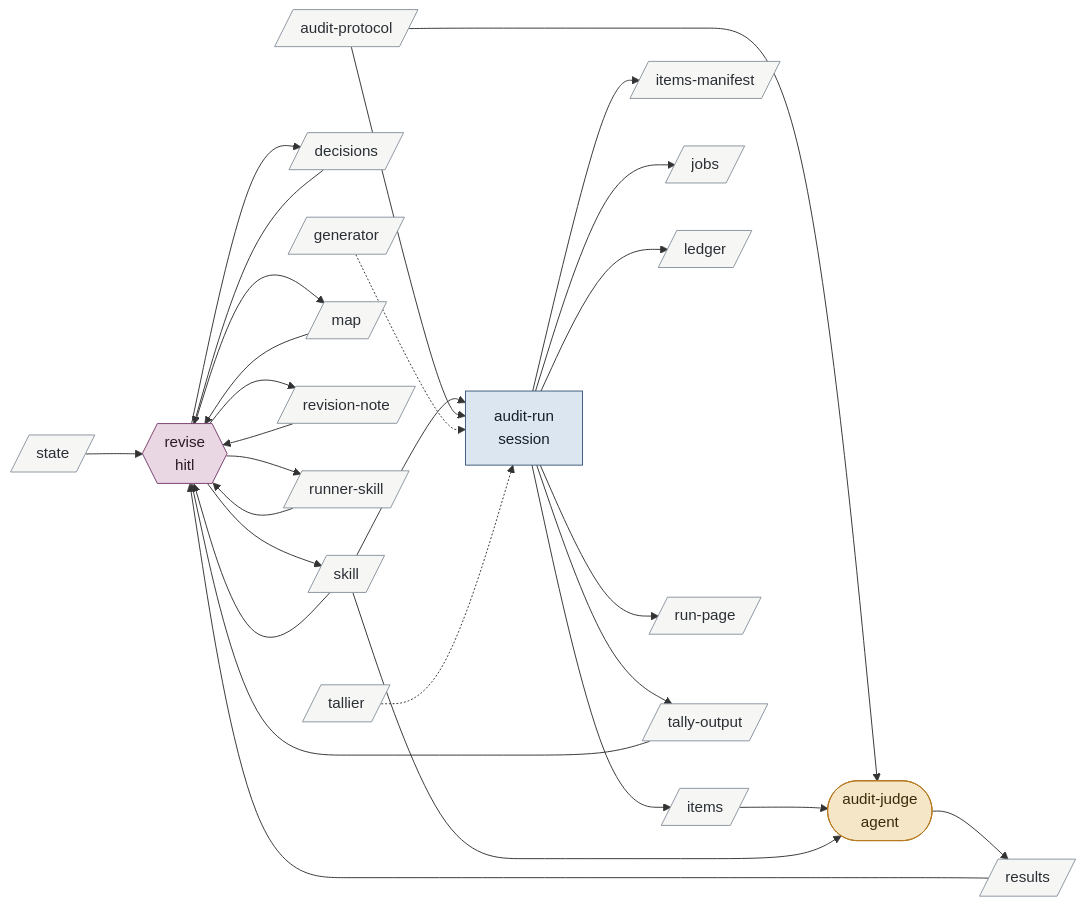
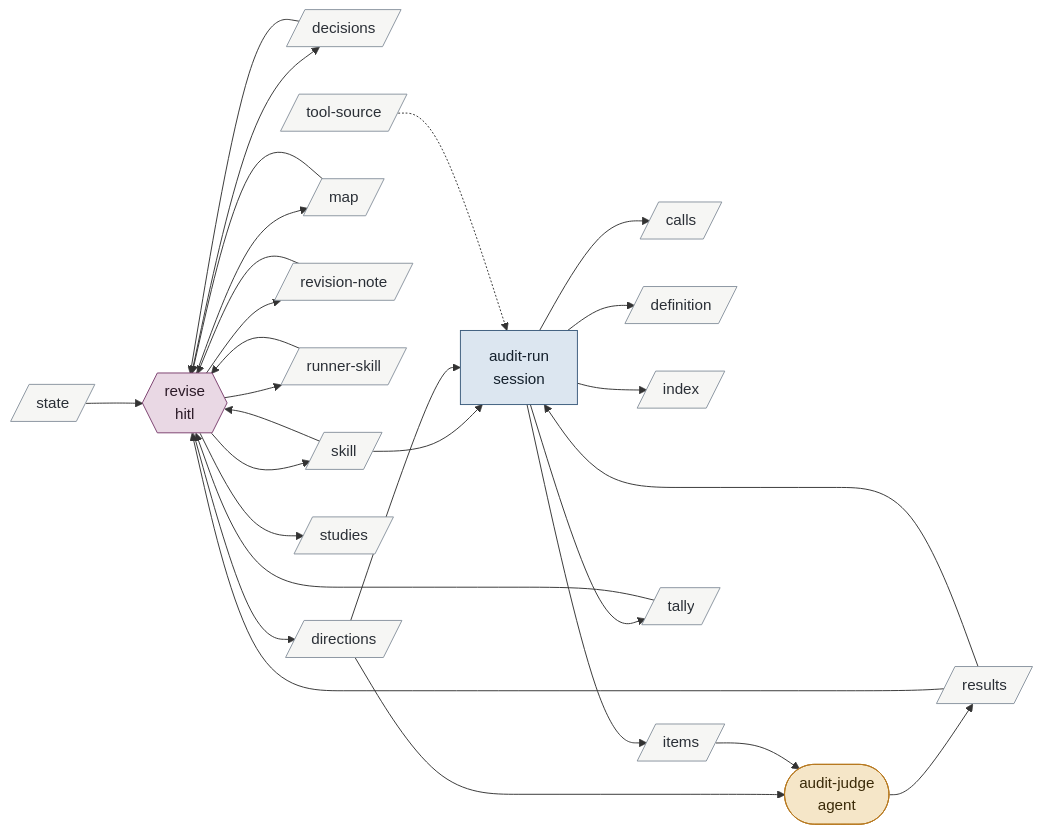
Before and after one commit to bc414/StoryPlanner: diagram 14 of 15 in .claude/skills/v3-buildout-2/map.md, drawn with Mermaid. The commit also changed other lines of this file and 29 other files, not shown here.

````diff
--- a/.claude/skills/v3-buildout-2/map.md
+++ b/.claude/skills/v3-buildout-2/map.md
@@ -622,56 +579,55 @@
 ```mermaid
 flowchart LR
   classDef hitl fill:#e9d8e4,stroke:#7a3e6d,color:#2b1a27
   classDef session fill:#dce6f0,stroke:#3b5b7c,color:#14202c
   classDef agent fill:#f5e6c8,stroke:#b7791f,color:#3a2a08
   classDef artifact fill:#f6f6f4,stroke:#8a94a0,color:#2a2f36
   classDef activity fill:#dcebdd,stroke:#4b7f52,color:#122816
   classDef terminus fill:#e4e4ea,stroke:#5b5b7a,color:#1c1c2c
   revise{{"revise<br/>hitl"}}:::hitl
   auditrun["audit-run<br/>session"]:::session
   auditjudge(["audit-judge<br/>agent"]):::agent
-  auditprotocol[/"audit-protocol"/]:::artifact
+  calls[/"calls"/]:::artifact
   decisions[/"decisions"/]:::artifact
-  generator[/"generator"/]:::artifact
+  definition[/"definition"/]:::artifact
+  directions[/"directions"/]:::artifact
+  index[/"index"/]:::artifact
   items[/"items"/]:::artifact
-  itemsmanifest[/"items-manifest"/]:::artifact
-  jobs[/"jobs"/]:::artifact
-  ledger[/"ledger"/]:::artifact
   map[/"map"/]:::artifact
   results[/"results"/]:::artifact
   revisionnote[/"revision-note"/]:::artifact
-  runpage[/"run-page"/]:::artifact
   runnerskill[/"runner-skill"/]:::artifact
   skill[/"skill"/]:::artifact
   state[/"state"/]:::artifact
-  tallier[/"tallier"/]:::artifact
-  tallyoutput[/"tally-output"/]:::artifact
+  studies[/"studies"/]:::artifact
+  tally[/"tally"/]:::artifact
+  toolsource[/"tool-source"/]:::artifact
 
   skill --> revise
   runnerskill --> revise
   map --> revise
   state --> revise
   revisionnote --> revise
   decisions --> revise
   results --> revise
-  tallyoutput --> revise
+  tally --> revise
   revise --> skill
   revise --> runnerskill
   revise --> decisions
   revise --> revisionnote
   revise --> map
+  revise --> studies
+  revise --> directions
   skill --> auditrun
-  auditprotocol --> auditrun
-  generator -.-> auditrun
-  tallier -.-> auditrun
+  directions --> auditrun
+  results --> auditrun
+  toolsource -.-> auditrun
+  auditrun --> definition
+  auditrun --> index
   auditrun --> items
-  auditrun --> itemsmanifest
-  auditrun --> jobs
-  auditrun --> ledger
-  auditrun --> runpage
-  auditrun --> tallyoutput
-  auditprotocol --> auditjudge
+  auditrun --> calls
+  auditrun --> tally
+  directions --> auditjudge
   items --> auditjudge
-  skill --> auditjudge
   auditjudge --> results
 ```
````
